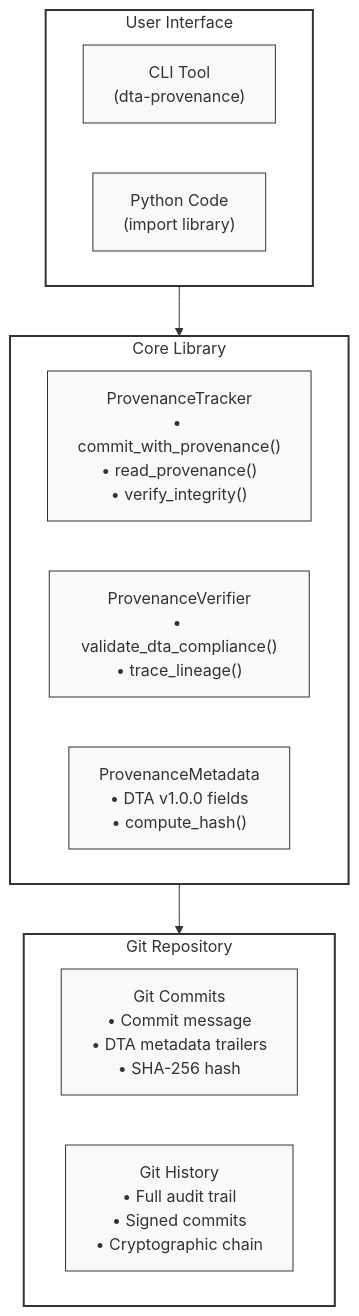
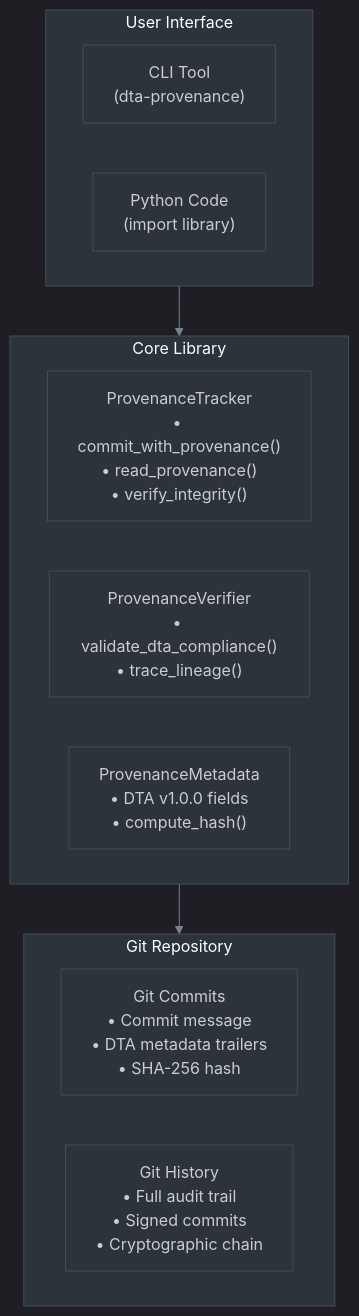
The first of 17 diagrams in docs/ARCHITECTURE.md (Ricoledan/dta-provenance-demo), drawn with Mermaid before and after one commit. The commit also changed other lines of this file and 1 other file, not shown here.

First line of the commit message:
Update Mermaid diagrams to dark theme

````diff
--- a/docs/ARCHITECTURE.md
+++ b/docs/ARCHITECTURE.md
@@ -21,32 +21,23 @@
 ```mermaid
+%%{init: {"theme":"dark","themeVariables":{"darkMode":true,"background":"#0d1117","primaryColor":"#2d333b","primaryTextColor":"#e6edf3","primaryBorderColor":"#444c56","lineColor":"#768390","secondaryColor":"#1c2128","tertiaryColor":"#22272e","clusterBkg":"#2d333b","clusterBorder":"#444c56","nodeTextColor":"#e6edf3","mainBkg":"#2d333b","secondBkg":"#22272e","edgeLabelBackground":"#2d333b","nodeBorder":"#444c56"}}}%%
 graph TB
     subgraph User["User Interface"]
         CLI["CLI Tool<br/>(dta-provenance)"]
         Code["Python Code<br/>(import library)"]
     end
 
     subgraph Core["Core Library"]
         Tracker["ProvenanceTracker<br/>• commit_with_provenance()<br/>• read_provenance()<br/>• verify_integrity()"]
         Verifier["ProvenanceVerifier<br/>• validate_dta_compliance()<br/>• trace_lineage()"]
         Meta["ProvenanceMetadata<br/>• DTA v1.0.0 fields<br/>• compute_hash()"]
     end
 
     subgraph Git["Git Repository"]
         Commits["Git Commits<br/>• Commit message<br/>• DTA metadata trailers<br/>• SHA-256 hash"]
         History["Git History<br/>• Full audit trail<br/>• Signed commits<br/>• Cryptographic chain"]
     end
 
     User --> Core
     Core --> Git
 
-    style User fill:#fff,stroke:#333,stroke-width:2px
-    style Core fill:#fff,stroke:#333,stroke-width:2px
-    style Git fill:#fff,stroke:#333,stroke-width:2px
-    style CLI fill:#f9f9f9,stroke:#333,stroke-width:1px
-    style Code fill:#f9f9f9,stroke:#333,stroke-width:1px
-    style Tracker fill:#f9f9f9,stroke:#333,stroke-width:1px
-    style Verifier fill:#f9f9f9,stroke:#333,stroke-width:1px
-    style Meta fill:#f9f9f9,stroke:#333,stroke-width:1px
-    style Commits fill:#f9f9f9,stroke:#333,stroke-width:1px
-    style History fill:#f9f9f9,stroke:#333,stroke-width:1px
 ```
````
